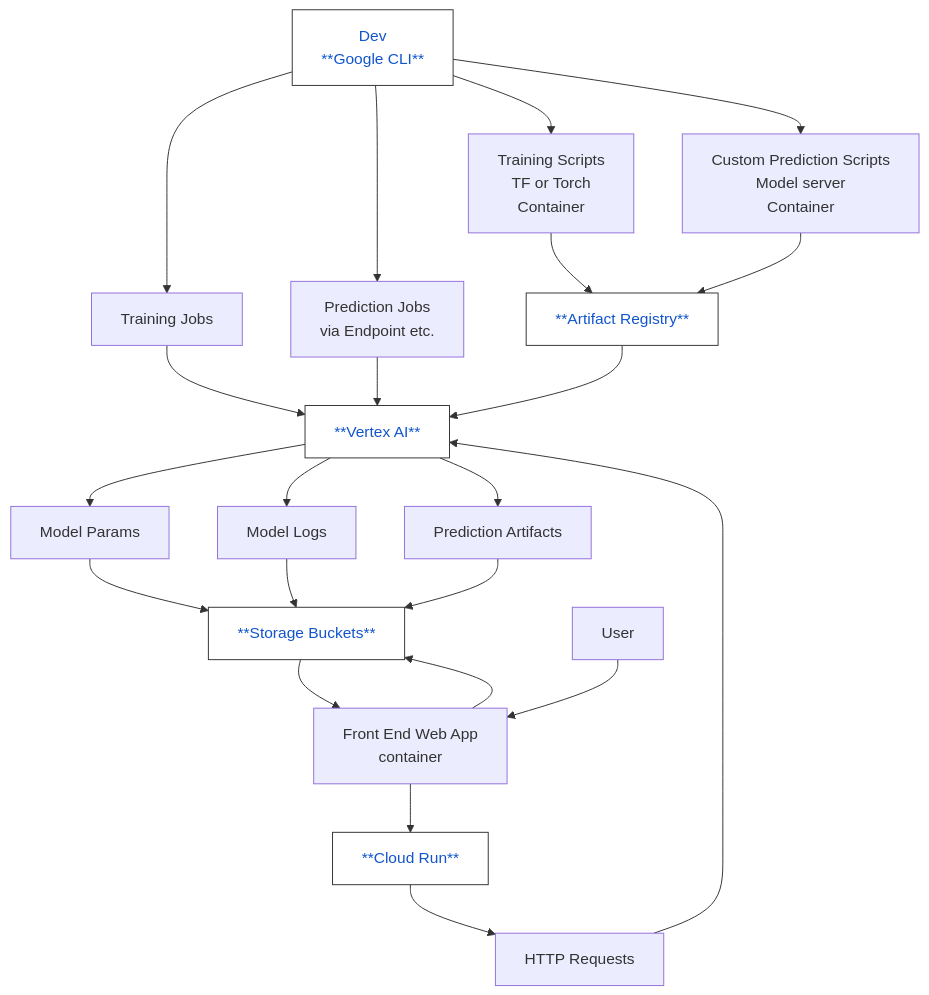
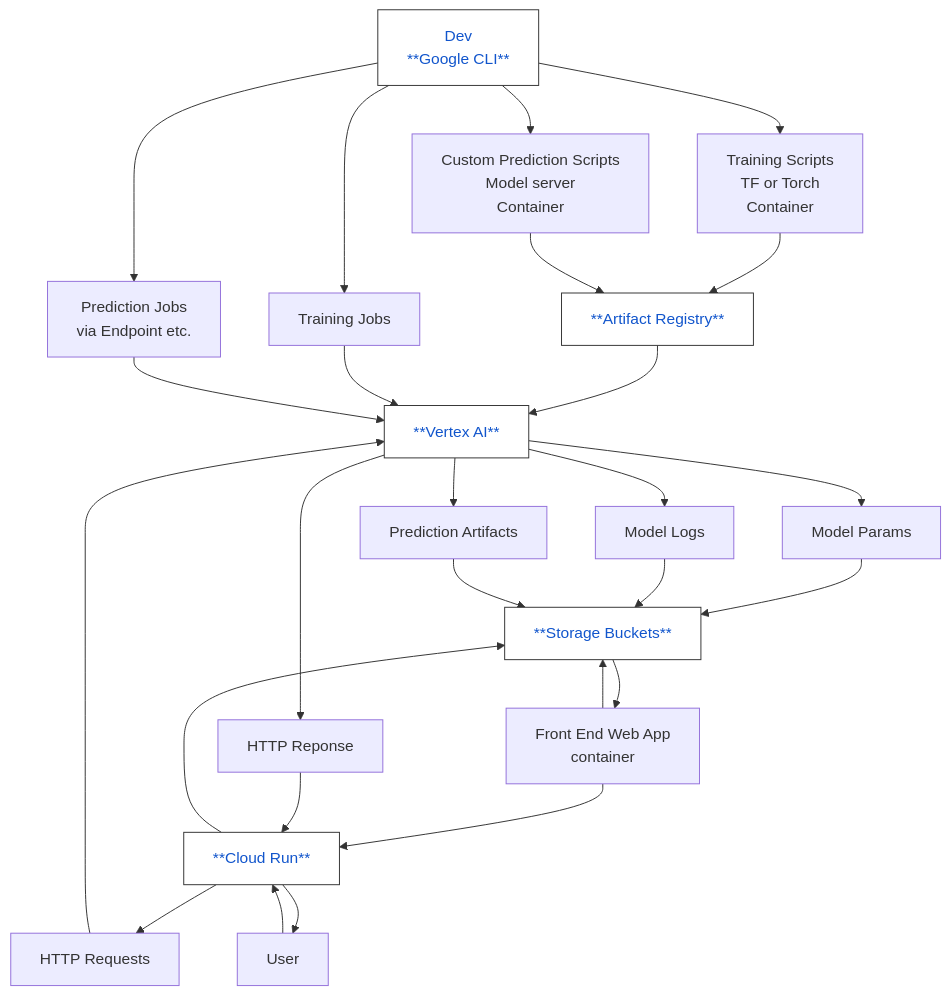
The diagram in ReadMe.md (nuEGil/NotesOnTextTasks), drawn with Mermaid before and after one commit.

````diff
--- a/ReadMe.md
+++ b/ReadMe.md
@@ -41,39 +41,43 @@
 ```mermaid
 graph TD;
 
     %% Training + Containers
     A[Training Scripts<br/>TF or Torch<br/>Container] --> C[**Artifact Registry**]
 
     %% Prediction scripts to Artifact Registry
     D[Custom Prediction Scripts<br/>Model server<br/>Container] --> C
 
     %% Vertex AI jobs
     C --> E[**Vertex AI**]
     F[Training Jobs] --> E
     G[Prediction Jobs<br/>via Endpoint etc.] --> E
 
     %% Model outputs
     E --> H[Model Params] & I[Model Logs] & J[Prediction Artifacts]
     H & I & J --> K[**Storage Buckets**]
 
     %% Frontend + Cloud Run
     L[Front End Web App<br/>container] --> N[**Cloud Run**]
-    N --> O[HTTP Requests]
-    O --> E
-    K --> L
-    P[User] --> L
+    N --> O[HTTP Requests];
+    E-->Z[HTTP Reponse];
+    Z-->N;
+    N-->K;
+    O --> E;
+    K --> L;
+    P[User] --> N;
+    N-->P;
 
     %% Dev tools
     Q[Dev<br/>**Google CLI**] --> F & G & A & D
     L --> K
 
     %% Define classes
     classDef yellowText color:#e69138,fill:#fff,stroke:#333,stroke-width:1px;
     classDef greenText color:#38761d,fill:#fff,stroke:#333,stroke-width:1px;
     classDef blueText color:#1155cc,fill:#fff,stroke:#333,stroke-width:1px;
 
     %% Apply classes
 
     class C,E,K,Q,N blueText;
 
 ```
````
